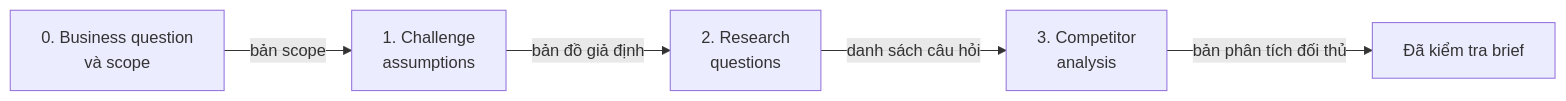
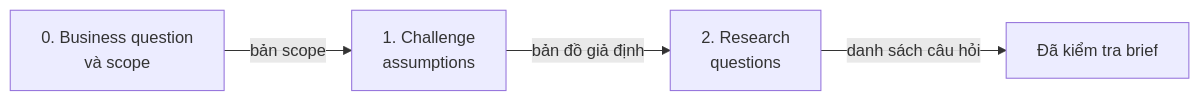
Before and after one commit to vannguyen2910/ai-design-workflow: the first of 2 diagrams in lessons/02-discover-the-problem/materials/discover-the-problem-lesson.md, drawn with Mermaid. The commit also changed other lines of this file and 10 other files, not shown here.

````diff
--- a/lessons/02-discover-the-problem/materials/discover-the-problem-lesson.md
+++ b/lessons/02-discover-the-problem/materials/discover-the-problem-lesson.md
@@ -110,4 +107,4 @@
 ```mermaid
 flowchart LR
-  B0["0. Business question<br/>và scope"] -->|bản scope| B1["1. Challenge<br/>assumptions"] -->|bản đồ giả định| B2["2. Research<br/>questions"] -->|danh sách câu hỏi| B3["3. Competitor<br/>analysis"] -->|bản phân tích đối thủ| E["Đã kiểm tra brief"]
+  B0["0. Business question<br/>và scope"] -->|bản scope| B1["1. Challenge<br/>assumptions"] -->|bản đồ giả định| B2["2. Research<br/>questions"] -->|danh sách câu hỏi| E["Đã kiểm tra brief"]
 ```
````
